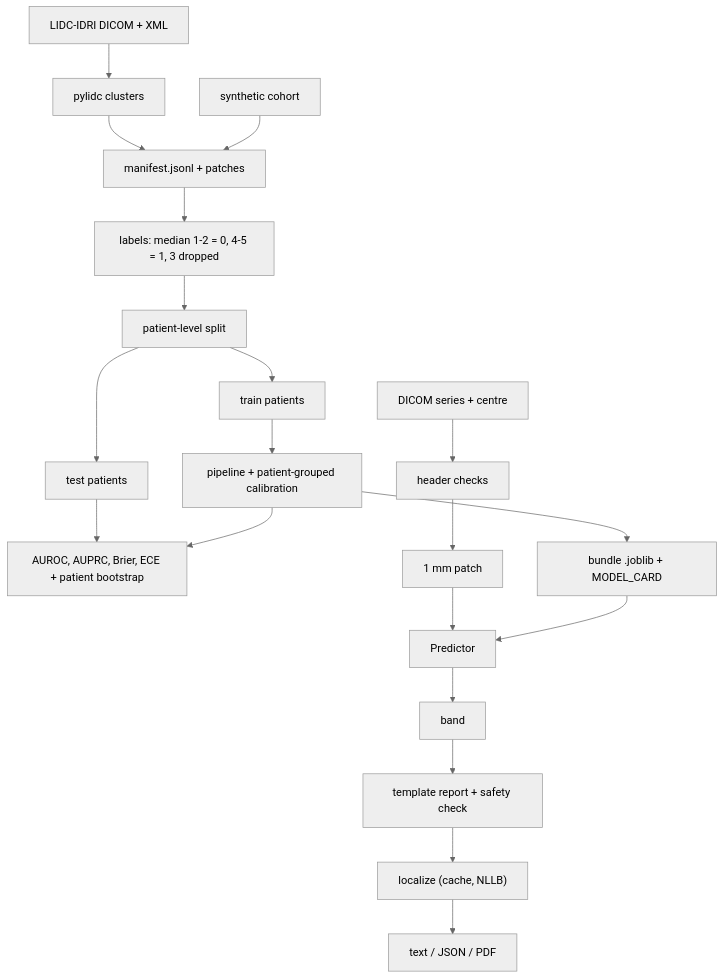
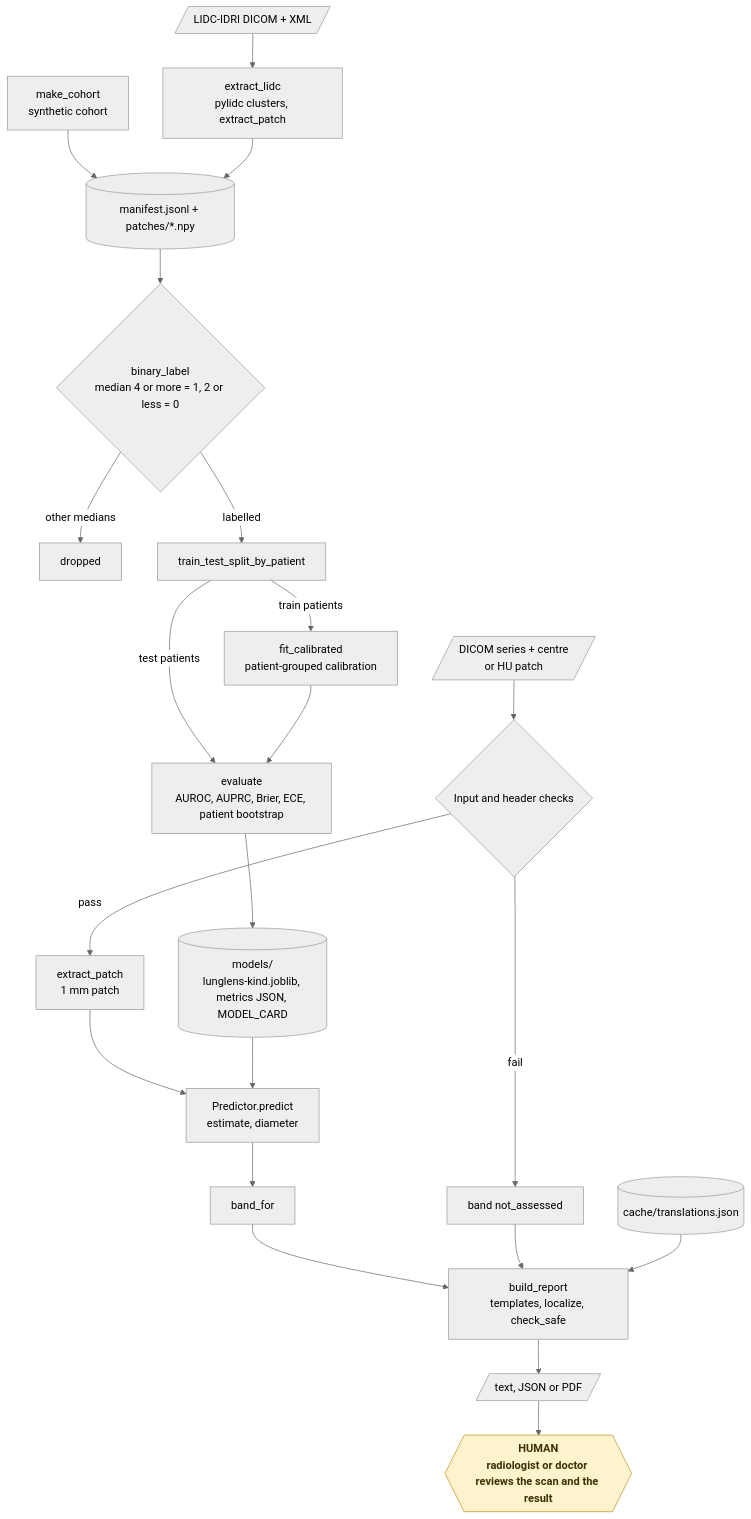
One commit to KrishnaAnnavaram/lunglens changed the fifth of 20 diagrams in README.md. Above: the diagram before and after it, drawn with Mermaid (neutral theme). The commit also changed other lines of this file, not shown here.

Commit message:
Add the workflow diagrams to the README

````diff
--- a/README.md
+++ b/README.md
@@ -211,14 +283,27 @@
 ```mermaid
-flowchart TB
-    L["LIDC-IDRI DICOM + XML"] --> X["pylidc clusters"] --> MF["manifest.jsonl + patches"]
-    SY["synthetic cohort"] --> MF
-    MF --> LB["labels: median 1-2 = 0, 4-5 = 1, 3 dropped"]
-    LB --> SP["patient-level split"]
-    SP --> TR["train patients"] --> FIT["pipeline + patient-grouped calibration"]
-    SP --> TE["test patients"] --> EV["AUROC, AUPRC, Brier, ECE + patient bootstrap"]
+flowchart TD
+    L[/"LIDC-IDRI DICOM + XML"/] --> X["extract_lidc<br/>pylidc clusters, extract_patch"]
+    SY["make_cohort<br/>synthetic cohort"] --> MF[("manifest.jsonl + patches/*.npy")]
+    X --> MF
+    MF --> LB{"binary_label<br/>median 4 or more = 1, 2 or less = 0"}
+    LB -- "other medians" --> DROP["dropped"]
+    LB -- "labelled" --> SP["train_test_split_by_patient"]
+    SP -- "train patients" --> FIT["fit_calibrated<br/>patient-grouped calibration"]
+    SP -- "test patients" --> EV["evaluate<br/>AUROC, AUPRC, Brier, ECE, patient bootstrap"]
     FIT --> EV
-    FIT --> B["bundle .joblib + MODEL_CARD"]
-    DC["DICOM series + centre"] --> HV["header checks"] --> PT["1 mm patch"] --> PR["Predictor"]
+    EV --> B[("models/<br/>lunglens-kind.joblib, metrics JSON, MODEL_CARD")]
+    DC[/"DICOM series + centre<br/>or HU patch"/] --> HV{"Input and header checks"}
+    HV -- "fail" --> NA["band not_assessed"]
+    HV -- "pass" --> PT["extract_patch<br/>1 mm patch"]
+    PT --> PR["Predictor.predict<br/>estimate, diameter"]
     B --> PR
-    PR --> BD["band"] --> RP["template report + safety check"] --> LO["localize (cache, NLLB)"] --> OUT["text / JSON / PDF"]
+    PR --> BD["band_for"]
+    BD --> RP["build_report<br/>templates, localize, check_safe"]
+    NA --> RP
+    CA[("cache/translations.json")] --> RP
+    RP --> OUT[/"text, JSON or PDF"/]
+    OUT --> HUMAN{{"HUMAN<br/>radiologist or doctor reviews the scan and the result"}}
+
+    classDef human fill:#fff3cd,stroke:#b8901f,color:#3d2f00,font-weight:bold
+    class HUMAN human
 ```
````
